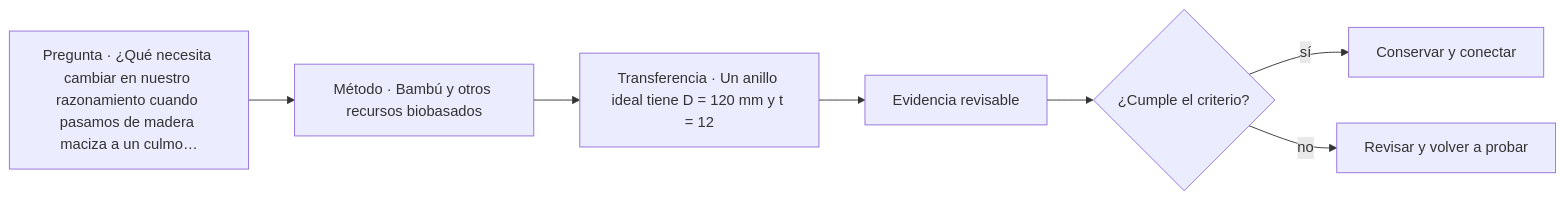
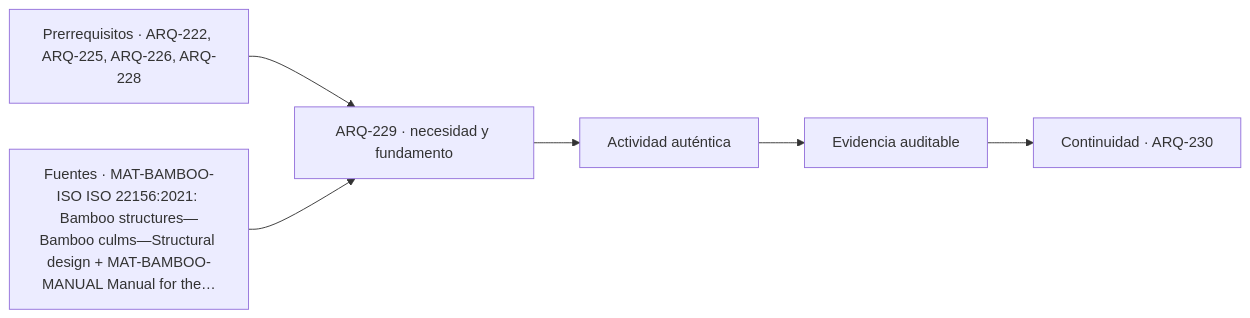
One commit to vladimiracunadev-create/architecture-built-environment-learning-program changed the diagram in classes/parte-23/ARQ-229.md. Above: the diagram before and after it, drawn with Mermaid. The commit also changed other lines of this file and 761 other files, not shown here.

````diff
--- a/classes/parte-23/ARQ-229.md
+++ b/classes/parte-23/ARQ-229.md
@@ -115,9 +127,8 @@
 ```mermaid
 flowchart LR
-    Q["Pregunta · ¿Qué necesita cambiar en nuestro razonamiento cuando pasamos de madera maciza a un culmo…"] --> M["Método · Bambú y otros recursos biobasados"]
-    M --> P["Transferencia · Un anillo ideal tiene D = 120 mm y t = 12"]
-    P --> E["Evidencia revisable"]
-    E --> C{"¿Cumple el criterio?"}
-    C -->|sí| T["Conservar y conectar"]
-    C -->|no| R["Revisar y volver a probar"]
+    A["Prerrequisitos · ARQ-222, ARQ-225, ARQ-226, ARQ-228"] --> B["ARQ-229 · necesidad y fundamento"]
+    S["Fuentes · MAT-BAMBOO-ISO ISO 22156:2021: Bamboo structures—Bamboo culms—Structural design + MAT-BAMBOO-MANUAL Manual for the…"] --> B
+    B --> C["Actividad auténtica"]
+    C --> D["Evidencia auditable"]
+    D --> E["Continuidad · ARQ-230"]
 ```
````
